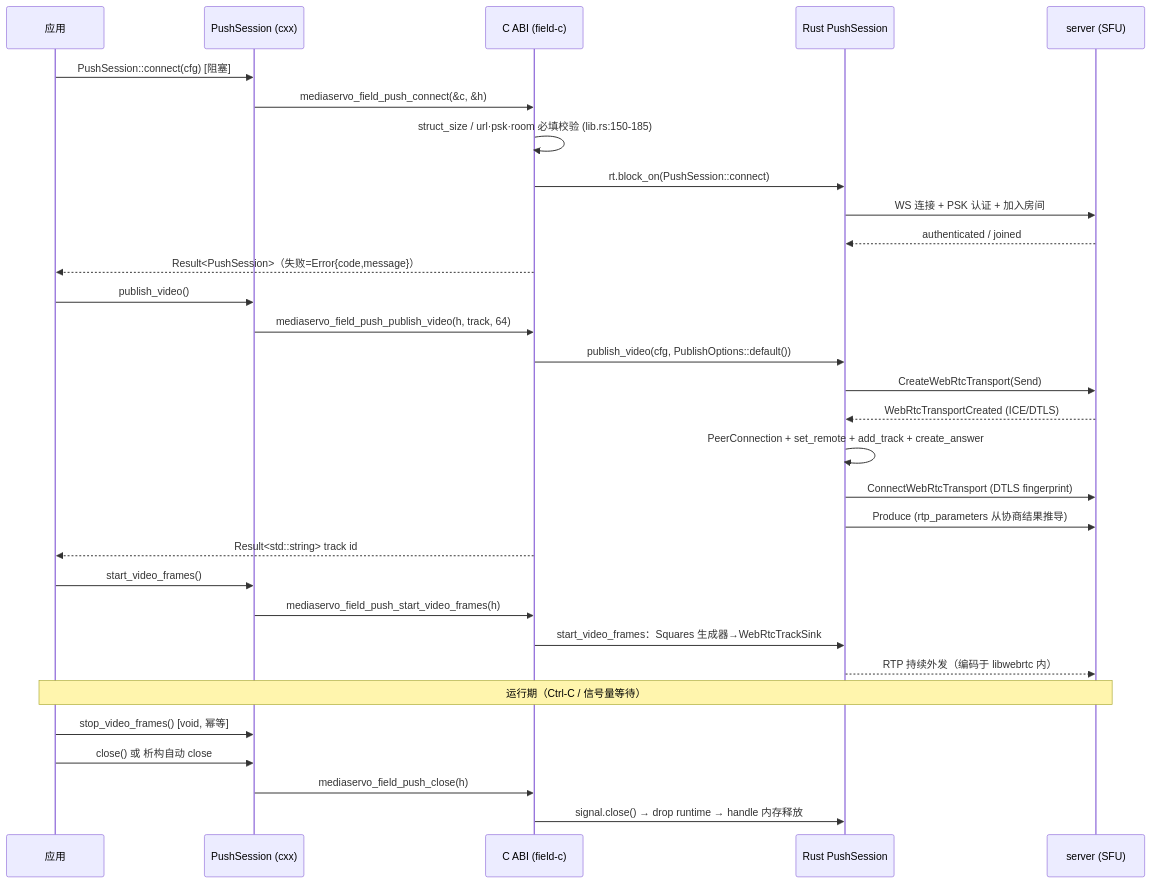
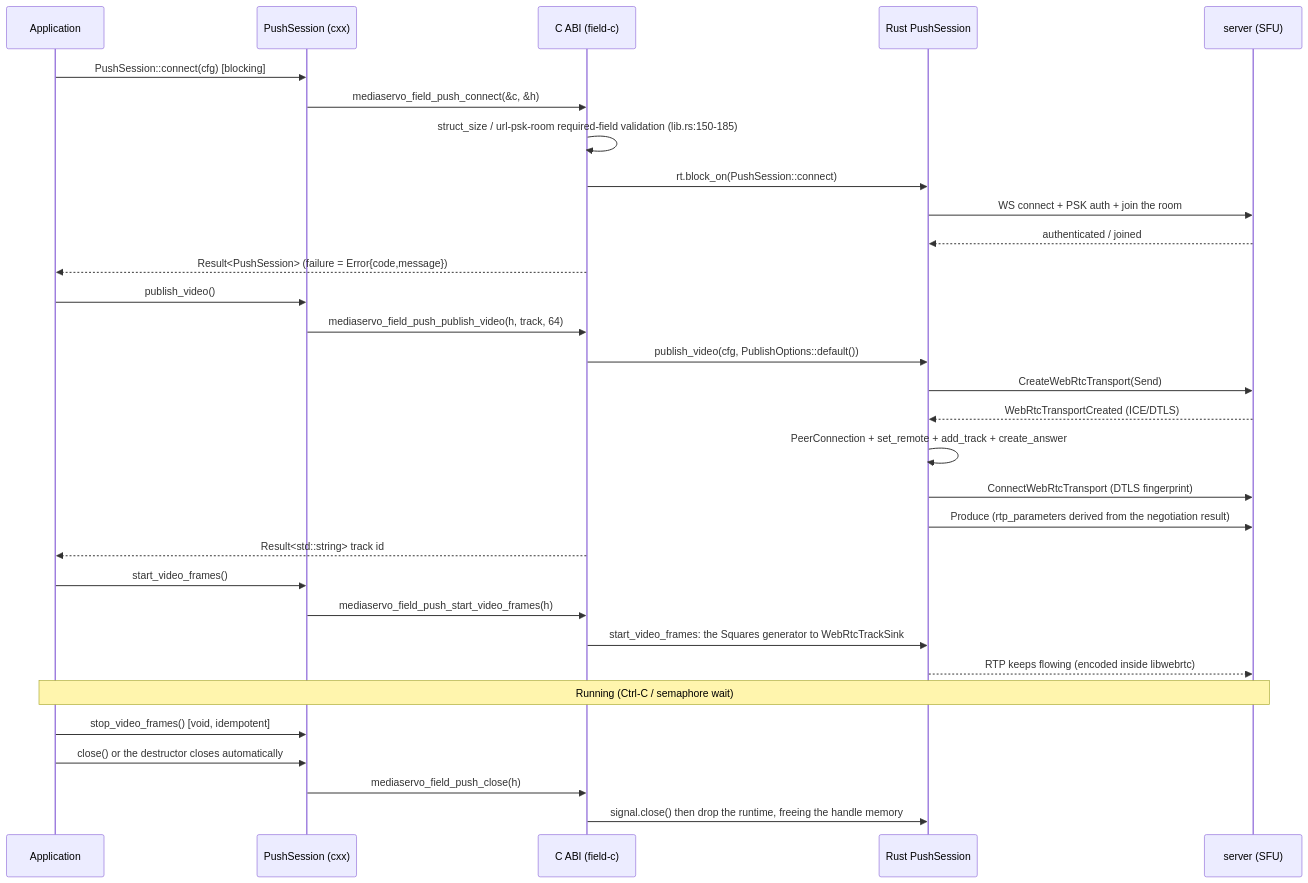
One commit to chengxuewen/MediaServo changed the second of 2 diagrams in docs/reference/sdk-cxx/field.md. Above: the diagram before and after it, drawn with Mermaid. The commit also changed other lines of this file and 549 other files, not shown here.

````diff
--- a/docs/reference/sdk-cxx/field.md
+++ b/docs/reference/sdk-cxx/field.md
@@ -79,34 +84,34 @@
 ```mermaid
 sequenceDiagram
-    participant U as 应用
+    participant U as Application
     participant P as PushSession (cxx)
     participant C as C ABI (field-c)
     participant R as Rust PushSession
     participant S as server (SFU)
 
-    U->>P: PushSession::connect(cfg)  [阻塞]
+    U->>P: PushSession::connect(cfg)  [blocking]
     P->>C: mediaservo_field_push_connect(&c, &h)
-    C->>C: struct_size / url·psk·room 必填校验 (lib.rs:150-185)
+    C->>C: struct_size / url-psk-room required-field validation (lib.rs:150-185)
     C->>R: rt.block_on(PushSession::connect)
-    R->>S: WS 连接 + PSK 认证 + 加入房间
+    R->>S: WS connect + PSK auth + join the room
     S-->>R: authenticated / joined
-    C-->>U: Result<PushSession>（失败=Error{code,message}）
+    C-->>U: Result<PushSession> (failure = Error{code,message})
     U->>P: publish_video()
     P->>C: mediaservo_field_push_publish_video(h, track, 64)
     C->>R: publish_video(cfg, PublishOptions::default())
     R->>S: CreateWebRtcTransport(Send)
     S-->>R: WebRtcTransportCreated (ICE/DTLS)
     R->>R: PeerConnection + set_remote + add_track + create_answer
     R->>S: ConnectWebRtcTransport (DTLS fingerprint)
-    R->>S: Produce (rtp_parameters 从协商结果推导)
+    R->>S: Produce (rtp_parameters derived from the negotiation result)
     C-->>U: Result<std::string> track id
     U->>P: start_video_frames()
     P->>C: mediaservo_field_push_start_video_frames(h)
-    C->>R: start_video_frames：Squares 生成器→WebRtcTrackSink
-    R-->>S: RTP 持续外发（编码于 libwebrtc 内）
-    Note over U,S: 运行期（Ctrl-C / 信号量等待）
-    U->>P: stop_video_frames()  [void, 幂等]
-    U->>P: close() 或 析构自动 close
+    C->>R: start_video_frames: the Squares generator to WebRtcTrackSink
+    R-->>S: RTP keeps flowing (encoded inside libwebrtc)
+    Note over U,S: Running (Ctrl-C / semaphore wait)
+    U->>P: stop_video_frames()  [void, idempotent]
+    U->>P: close() or the destructor closes automatically
     P->>C: mediaservo_field_push_close(h)
-    C->>R: signal.close() → drop runtime → handle 内存释放
+    C->>R: signal.close() then drop the runtime, freeing the handle memory
 ```
````
